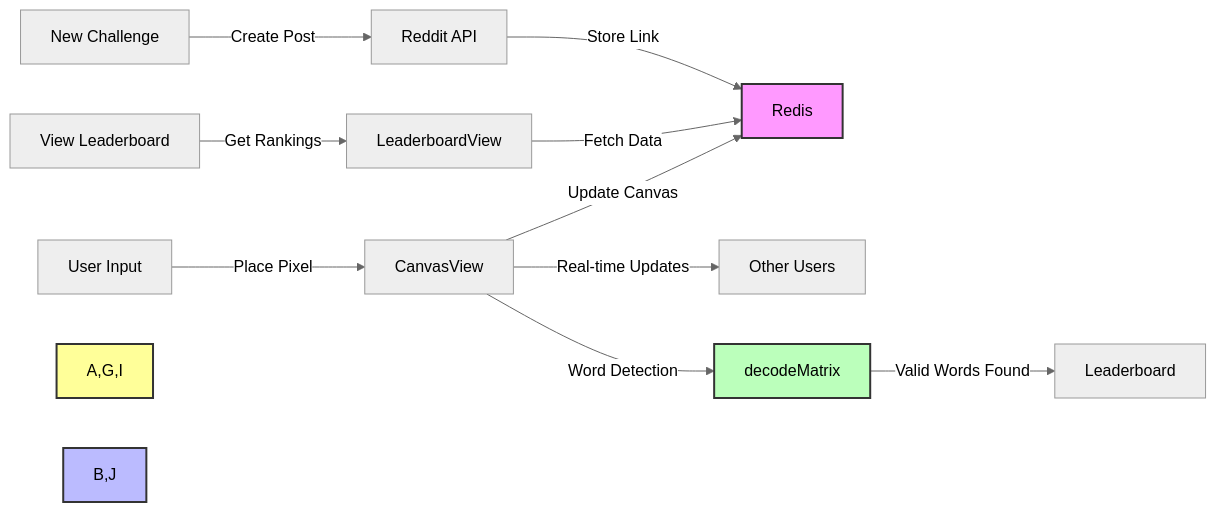
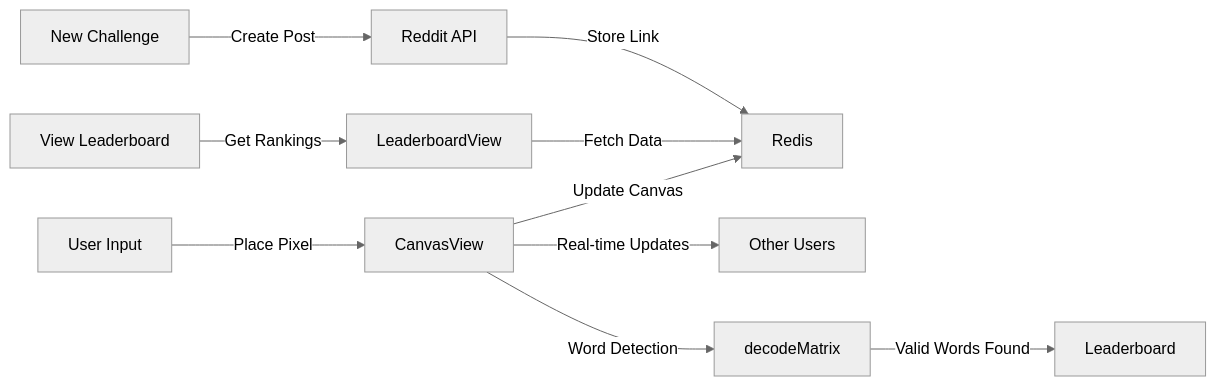
One commit to bm777/decod changed the third of 4 diagrams in README.md. Above: the diagram before and after it, drawn with Mermaid (neutral theme). The commit also changed other lines of this file, not shown here.

Commit message:
restyle the mermaid

````diff
--- a/README.md
+++ b/README.md
@@ -77,19 +77,15 @@
 ```mermaid
 graph LR
     A[User Input] -->|Place Pixel| B[CanvasView]
     B -->|Update Canvas| C[Redis]
     B -->|Real-time Updates| D[Other Users]
     B -->|Word Detection| E[decodeMatrix]
     E -->|Valid Words Found| F[Leaderboard]
     
     G[New Challenge] -->|Create Post| H[Reddit API]
     H -->|Store Link| C
     
     I[View Leaderboard] -->|Get Rankings| J[LeaderboardView]
     J -->|Fetch Data| C
-    
-    style A,G,I fill:#ff9,stroke:#333,stroke-width:2px
-    style B,J fill:#bbf,stroke:#333,stroke-width:2px
-    style C fill:#f9f,stroke:#333,stroke-width:2px
-    style E fill:#bfb,stroke:#333,stroke-width:2px
+
 ```
````
